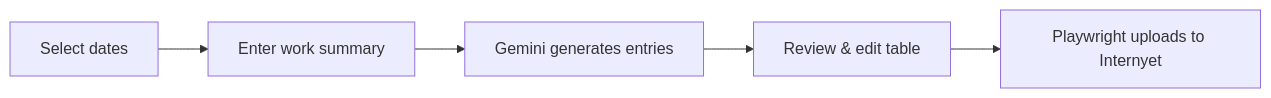
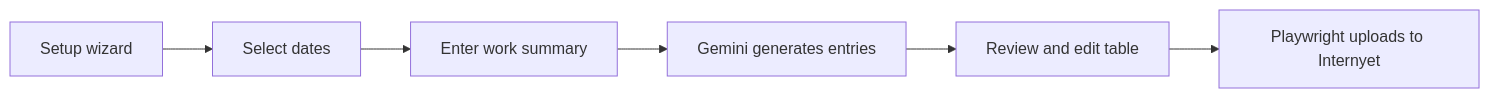
The diagram in README.md (dhanushscience/VTU-AIDS), drawn with Mermaid before and after one commit. The commit also changed other lines of this file and 28 other files, not shown here.

Commit message:
Update version to 1.0.4 and enhance README with new features and setup instructions. Added first-run setup wizard, improved error handling, and updated download links. Included release notes and clarified installation steps. Adjusted logging and cleanup processes for better automation management.

````diff
--- a/README.md
+++ b/README.md
@@ -100,7 +112,8 @@
 ```mermaid
 flowchart LR
-  A[Select dates] --> B[Enter work summary]
-  B --> C[Gemini generates entries]
-  C --> D[Review & edit table]
-  D --> E[Playwright uploads to Internyet]
+  A[Setup wizard] --> B[Select dates]
+  B --> C[Enter work summary]
+  C --> D[Gemini generates entries]
+  D --> E[Review and edit table]
+  E --> F[Playwright uploads to Internyet]
 ```
````
